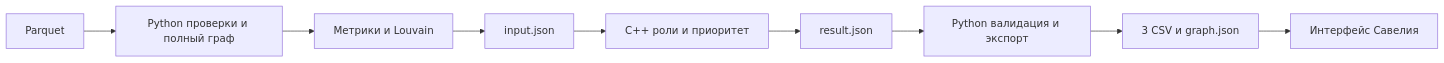
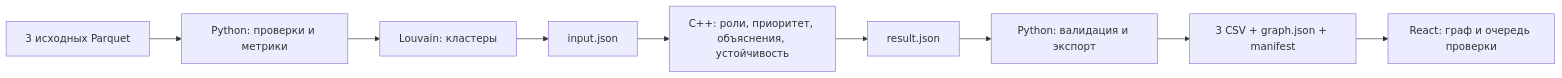
The diagram in README.md (BAITC-Hacks/hack-5886f2d6-talents), drawn with Mermaid before and after one commit. The commit also changed other lines of this file and 3 other files, not shown here.

````diff
--- a/README.md
+++ b/README.md
@@ -234,11 +272,11 @@
 ```mermaid
 flowchart LR
-    A[Parquet] --> B[Python проверки и полный граф]
-    B --> C[Метрики и Louvain]
-    C --> D[input.json]
-    D --> E[C++ роли и приоритет]
-    E --> F[result.json]
-    F --> G[Python валидация и экспорт]
-    G --> H[3 CSV и graph.json]
-    H --> I[Интерфейс Савелия]
+    A["3 исходных Parquet"] --> B["Python: проверки и метрики"]
+    B --> C["Louvain: кластеры"]
+    C --> D["input.json"]
+    D --> E["C++: роли, приоритет, объяснения, устойчивость"]
+    E --> F["result.json"]
+    F --> G["Python: валидация и экспорт"]
+    G --> H["3 CSV + graph.json + manifest"]
+    H --> I["React: граф и очередь проверки"]
 ```
````
